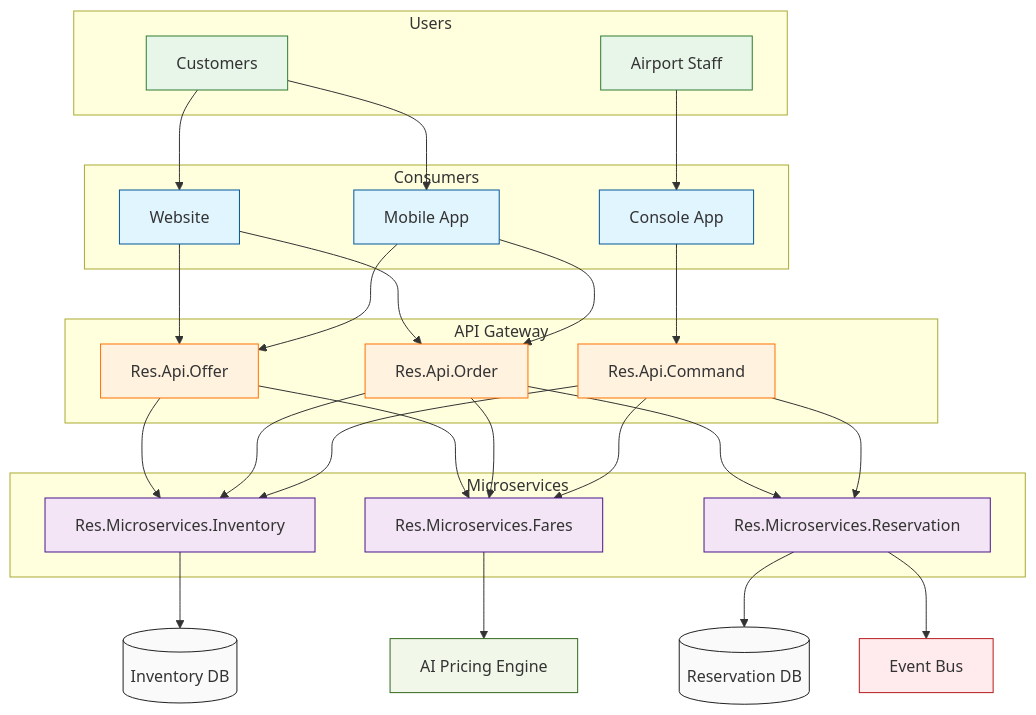
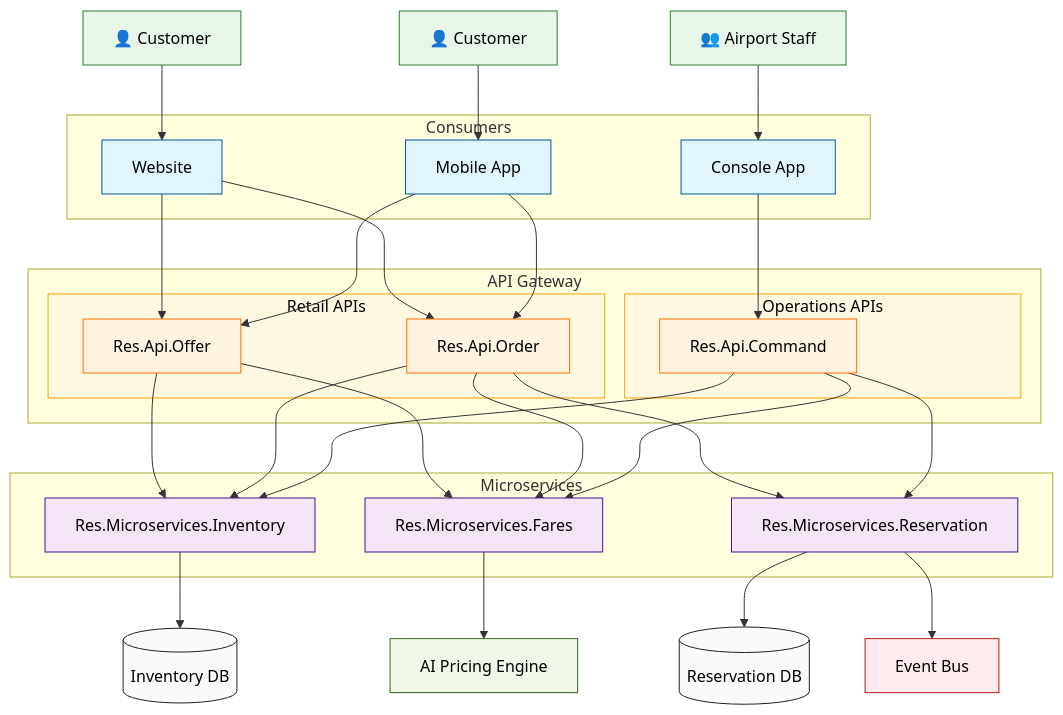
Before and after one commit to sebharvey/ReservationSystem: the diagram in README.md, drawn with Mermaid.

Commit message:
Update to arch diagram

````diff
--- a/README.md
+++ b/README.md
@@ -28,10 +28,9 @@
 ```mermaid
 graph TD
     %% Users
-    subgraph Users
-        Customers[Customers]
-        AirportStaff[Airport Staff]
-    end
+    Customer1[👤 Customer]
+    Customer2[👤 Customer]
+    Staff[👥 Airport Staff]
 
     %% Consumers Layer
     subgraph Consumers
@@ -42,9 +41,13 @@
 
     %% API Gateway Layer
     subgraph API_Gateway[API Gateway]
-        Offer[Res.Api.Offer]
-        Command[Res.Api.Command]
-        Order[Res.Api.Order]
+        subgraph Retail_APIs[Retail APIs]
+            Offer[Res.Api.Offer]
+            Order[Res.Api.Order]
+        end
+        subgraph Ops_APIs[Operations APIs]
+            Command[Res.Api.Command]
+        end
     end
 
     %% Microservices Layer
@@ -63,9 +66,9 @@
     AI[AI Pricing Engine]
 
     %% User to Consumer connections
-    Customers --> Web
-    Customers --> Mobile
-    AirportStaff --> Console
+    Customer1 --> Web
+    Customer2 --> Mobile
+    Staff --> Console
 
     %% Consumer to API connections
     Web --> Offer
@@ -92,18 +95,20 @@
     %% Event publishing
     Reservation --> EventBus
 
-    %% Styling
-    classDef user fill:#e8f5e9,stroke:#2e7d32
-    classDef consumer fill:#e1f5fe,stroke:#01579b
-    classDef api fill:#fff3e0,stroke:#ff6f00
-    classDef microservice fill:#f3e5f5,stroke:#4a148c
-    classDef database fill:#fafafa,stroke:#212121
-    classDef external fill:#f1f8e9,stroke:#33691e
-    classDef eventbus fill:#ffebee,stroke:#b71c1c
+    %% Styling with black text
+    classDef user fill:#e8f5e9,stroke:#2e7d32,color:black
+    classDef consumer fill:#e1f5fe,stroke:#01579b,color:black
+    classDef api fill:#fff3e0,stroke:#ff6f00,color:black
+    classDef apiGroup fill:#fff8e1,stroke:#ffa000,color:black
+    classDef microservice fill:#f3e5f5,stroke:#4a148c,color:black
+    classDef database fill:#fafafa,stroke:#212121,color:black
+    classDef external fill:#f1f8e9,stroke:#33691e,color:black
+    classDef eventbus fill:#ffebee,stroke:#b71c1c,color:black
 
-    class Customers,AirportStaff user
+    class Customer1,Customer2,Staff user
     class Web,Mobile,Console consumer
     class Offer,Command,Order api
+    class Retail_APIs,Ops_APIs apiGroup
     class Inventory,Reservation,Fares microservice
     class DB1,DB2 database
     class AI external
````
